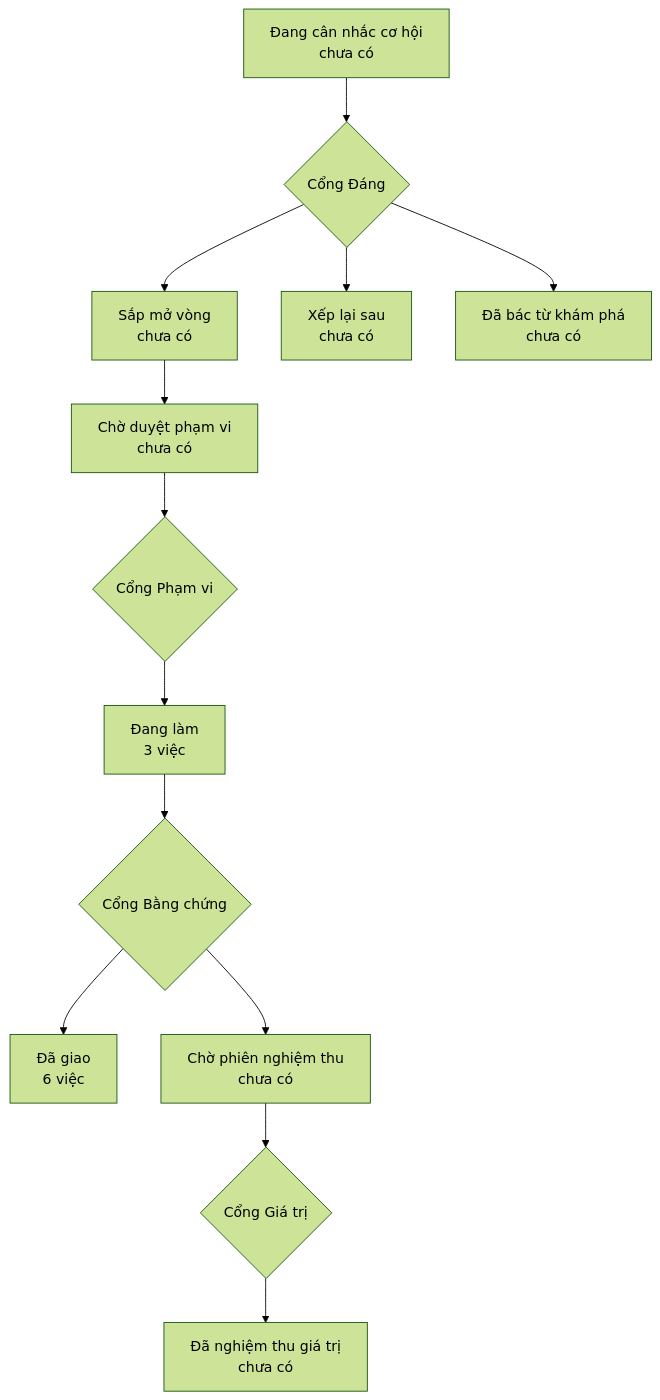
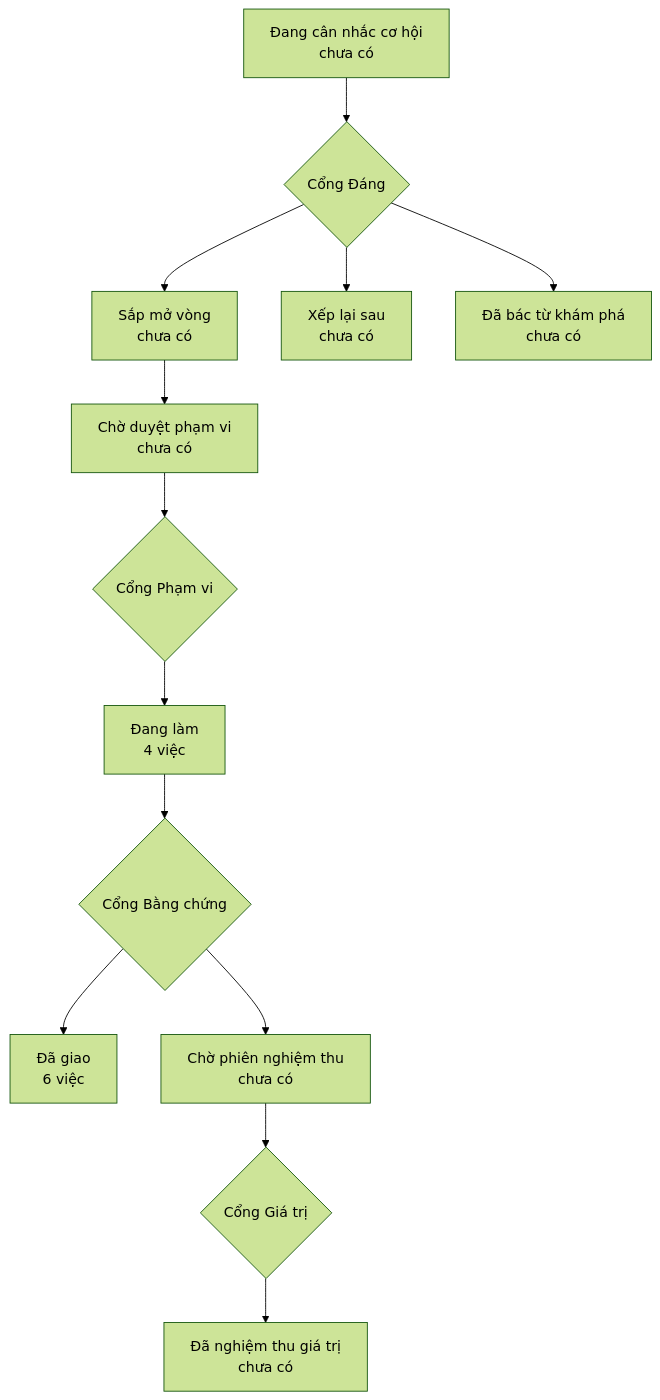
Before and after one commit to phanlemanh/crm-onehub: the diagram in PRODUCT-MAP.md, drawn with Mermaid (forest theme). The commit also changed other lines of this file and 2 other files, not shown here.

Commit message:
docs(acceptance): the owner approves the scope of the front door round
Fourteen criteria, eighteen measures, six decisions and their costs, and five
findings from a clean-context reader — all of it signed off as the right thing
to build before a line of it exists.

The product map redraws itself: four rounds now sit in flight.

````diff
--- a/PRODUCT-MAP.md
+++ b/PRODUCT-MAP.md
@@ -6,12 +6,12 @@
 ```mermaid
 flowchart TD
   A["Đang cân nhắc cơ hội<br/>chưa có"] --> GD{"Cổng Đáng"}
   GD --> B["Sắp mở vòng<br/>chưa có"]
   GD --> XL["Xếp lại sau<br/>chưa có"]
   GD --> DB["Đã bác từ khám phá<br/>chưa có"]
   B --> CD["Chờ duyệt phạm vi<br/>chưa có"] --> GP{"Cổng Phạm vi"}
-  GP --> DL["Đang làm<br/>3 việc"] --> GB{"Cổng Bằng chứng"}
+  GP --> DL["Đang làm<br/>4 việc"] --> GB{"Cổng Bằng chứng"}
   GB --> DG["Đã giao<br/>6 việc"]
   GB --> CN["Chờ phiên nghiệm thu<br/>chưa có"] --> GG{"Cổng Giá trị"}
   GG --> NT["Đã nghiệm thu giá trị<br/>chưa có"]
 ```
````
